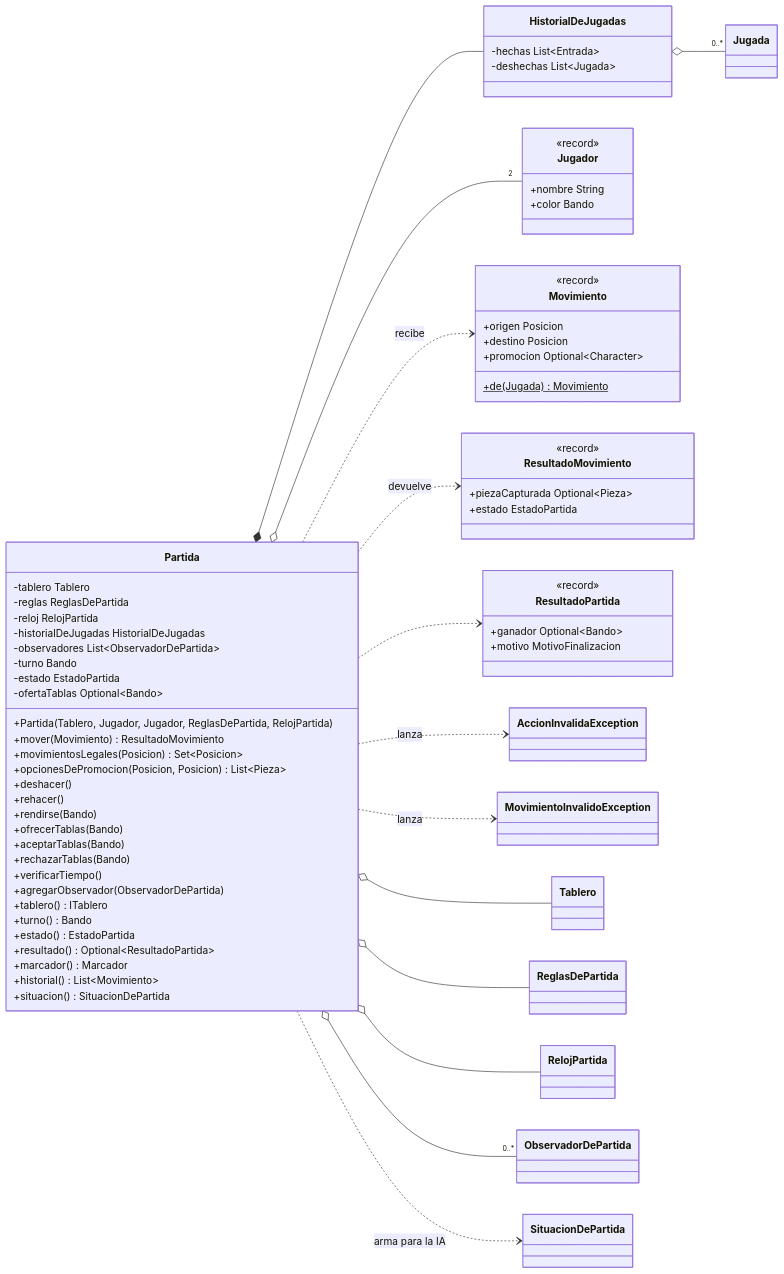
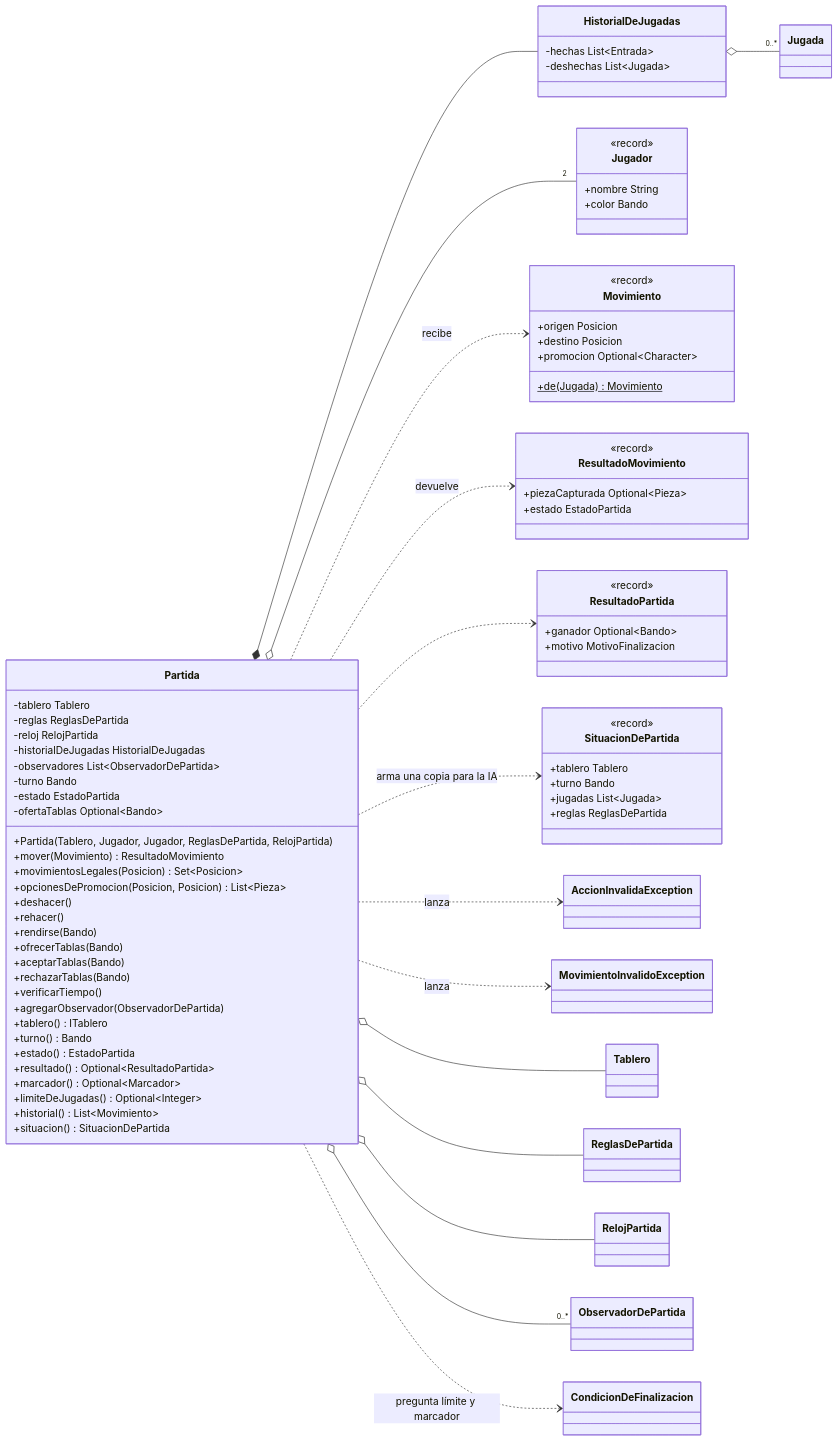
The first of 3 diagrams in docs/uml/05-partida.md (JoaquinIgnacioCampos/Chiquichess), drawn with Mermaid before and after one commit. The commit also changed 39 other files, not shown here.

```diff
--- a/docs/uml/05-partida.md
+++ b/docs/uml/05-partida.md
@@ -35,7 +35,8 @@
         +turno() Bando
         +estado() EstadoPartida
         +resultado() Optional~ResultadoPartida~
-        +marcador() Marcador
+        +marcador() Optional~Marcador~
+        +limiteDeJugadas() Optional~Integer~
         +historial() List~Movimiento~
         +situacion() SituacionDePartida
     }
@@ -67,6 +68,13 @@
         +ganador Optional~Bando~
         +motivo MotivoFinalizacion
     }
+    class SituacionDePartida {
+        <<record>>
+        +tablero Tablero
+        +turno Bando
+        +jugadas List~Jugada~
+        +reglas ReglasDePartida
+    }
     class AccionInvalidaException
     class MovimientoInvalidoException
 
@@ -79,7 +87,8 @@
     Partida ..> Movimiento : recibe
     Partida ..> ResultadoMovimiento : devuelve
     Partida ..> ResultadoPartida
-    Partida ..> SituacionDePartida : arma para la IA
+    Partida ..> SituacionDePartida : arma una copia para la IA
+    Partida ..> CondicionDeFinalizacion : pregunta límite y marcador
     Partida ..> AccionInvalidaException : lanza
     Partida ..> MovimientoInvalidoException : lanza
     HistorialDeJugadas o-- "0..*" Jugada
```
